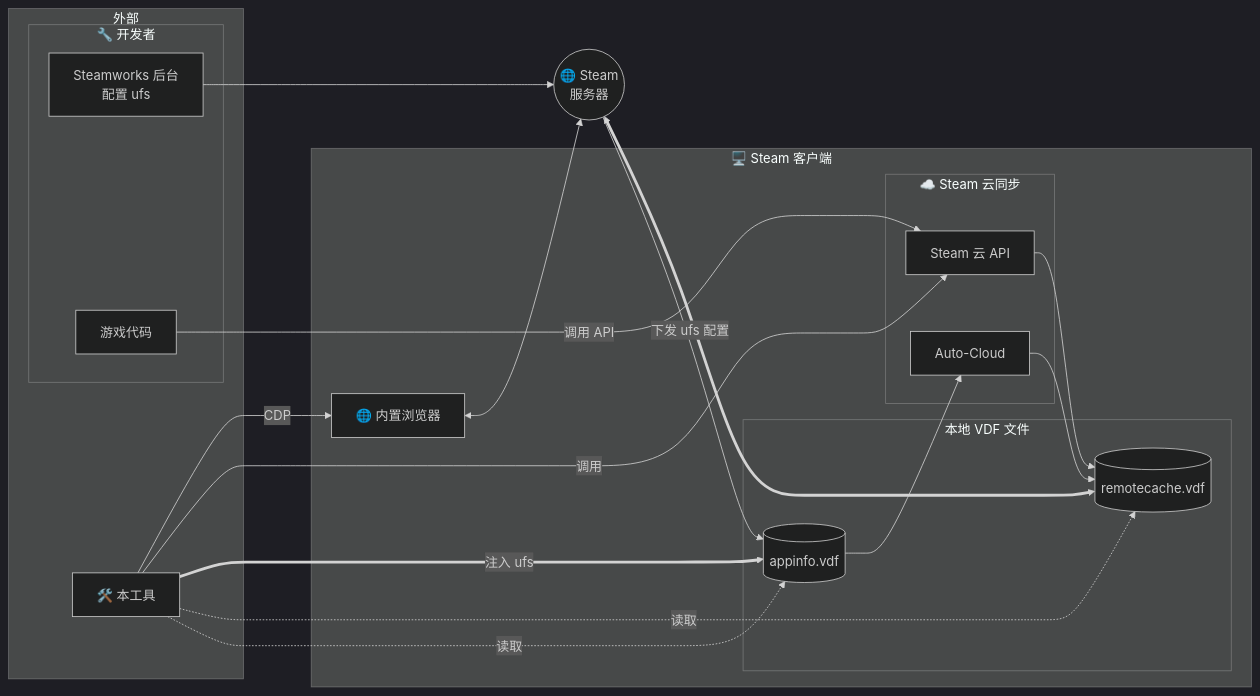
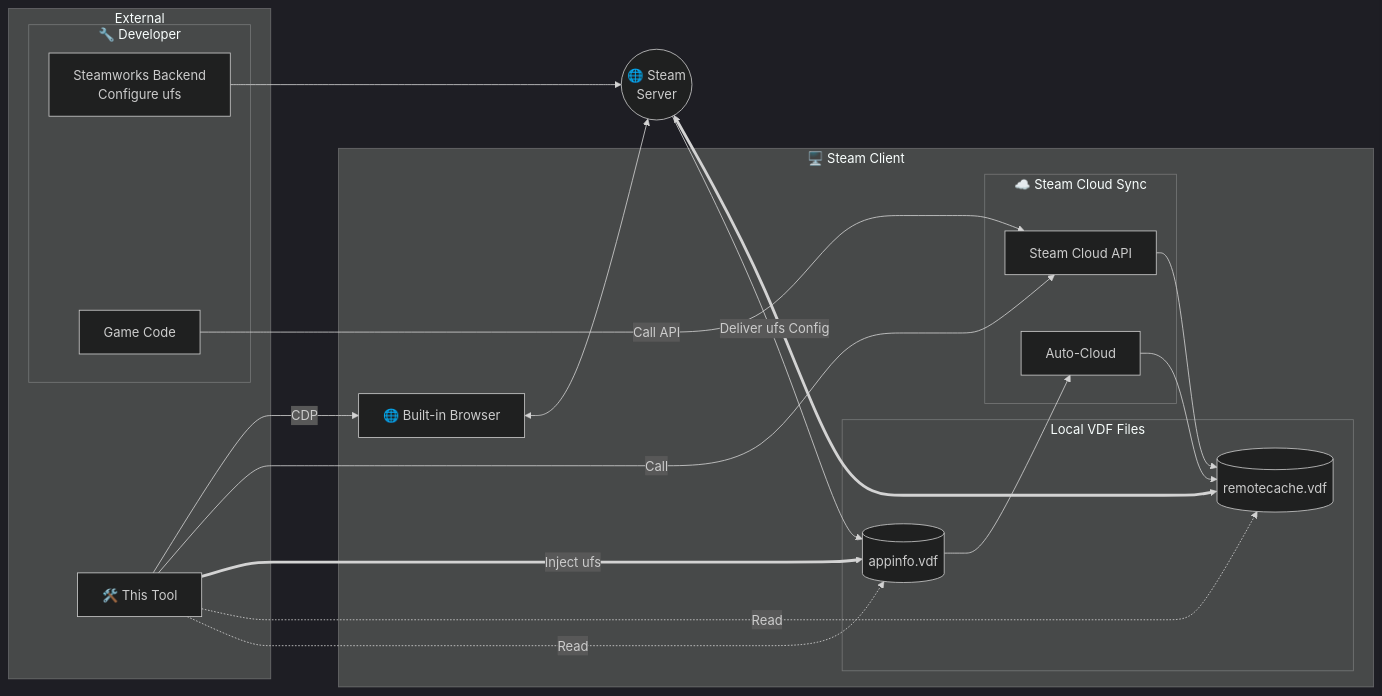
Before and after one commit to Fldicoahkiin/SteamCloudFileManager: the third of 4 diagrams in README.md, drawn with Mermaid (dark theme). The commit also changed other lines of this file and 2 other files, not shown here.

````diff
--- a/README.md
+++ b/README.md
@@ -335,45 +333,45 @@
 ```mermaid
 graph LR
-    subgraph left["外部"]
-        subgraph dev["🔧 开发者"]
-            Steamworks["Steamworks 后台<br/>配置 ufs"]
-            GameCode["游戏代码"]
+    subgraph left["External"]
+        subgraph dev["🔧 Developer"]
+            Steamworks["Steamworks Backend<br/>Configure ufs"]
+            GameCode["Game Code"]
         end
-        Tool["🛠️ 本工具"]
+        Tool["🛠️ This Tool"]
     end
     
-    subgraph client["🖥️ Steam 客户端"]
-        subgraph vdf["本地 VDF 文件"]
+    subgraph client["🖥️ Steam Client"]
+        subgraph vdf["Local VDF Files"]
             AppInfo[(appinfo.vdf)]
             RemoteCache[(remotecache.vdf)]
         end
         
-        subgraph sync["☁️ Steam 云同步"]
+        subgraph sync["☁️ Steam Cloud Sync"]
             Auto["Auto-Cloud"]
-            API["Steam 云 API"]
+            API["Steam Cloud API"]
         end
         
-        Browser["🌐 内置浏览器"]
+        Browser["🌐 Built-in Browser"]
     end
     
-    Cloud(("🌐 Steam<br/>服务器"))
+    Cloud(("🌐 Steam<br/>Server"))
     
-    %% 开发者流程
+    %% Developer flow
     Steamworks --> Cloud
-    Cloud -->|下发 ufs 配置| AppInfo
-    GameCode -->|调用 API| API
+    Cloud -->|Deliver ufs Config| AppInfo
+    GameCode -->|Call API| API
     
-    %% Steam 内部流程
+    %% Steam internal flow
     AppInfo --> Auto
     Auto --> RemoteCache
     API --> RemoteCache
     RemoteCache <===> Cloud
     Browser <--> Cloud
     
-    %% 本工具的操作
-    Tool -.->|读取| AppInfo
-    Tool -.->|读取| RemoteCache
-    Tool ==>|注入 ufs| AppInfo
-    Tool -->|调用| API
+    %% This tool's operations
+    Tool -.->|Read| AppInfo
+    Tool -.->|Read| RemoteCache
+    Tool ==>|Inject ufs| AppInfo
+    Tool -->|Call| API
     Tool -->|CDP| Browser
 ```
````
